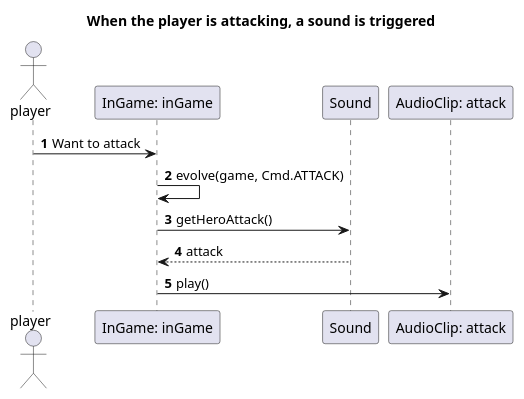
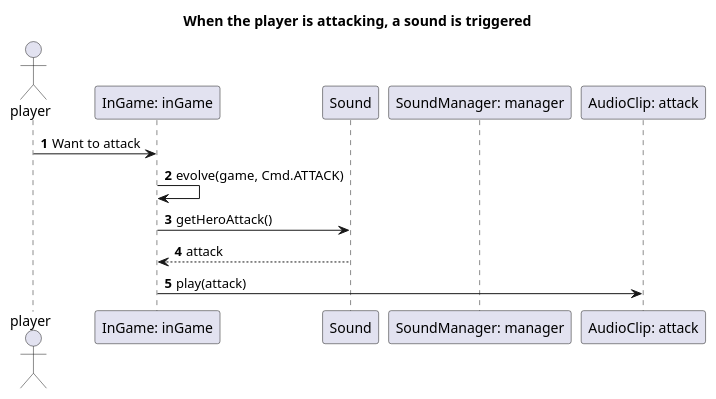
Before and after one commit to Reynault/ACL_2019_Zelpop: the diagram in doc/4_sprint/diagrams/puml/sequences/soundWhenAttacking.puml, drawn with PlantUML. The commit also changed 8 other files, not shown here.

```diff
--- a/doc/4_sprint/diagrams/puml/sequences/soundWhenAttacking.puml
+++ b/doc/4_sprint/diagrams/puml/sequences/soundWhenAttacking.puml
@@ -1,23 +1,24 @@
 @startuml
 
 title When the player is attacking, a sound is triggered
 autonumber
 
 actor player
 
 participant "InGame: inGame" as g
 participant "Sound" as s
+participant "SoundManager: manager" as sound
 participant "AudioClip: attack" as a
 
 player -> g: Want to attack
 
 g -> g: evolve(game, Cmd.ATTACK)
 
 g -> s: getHeroAttack()
 
 s --> g: attack
 
-g -> a : play()
+g -> a : play(attack)
 
 
 @enduml
```
